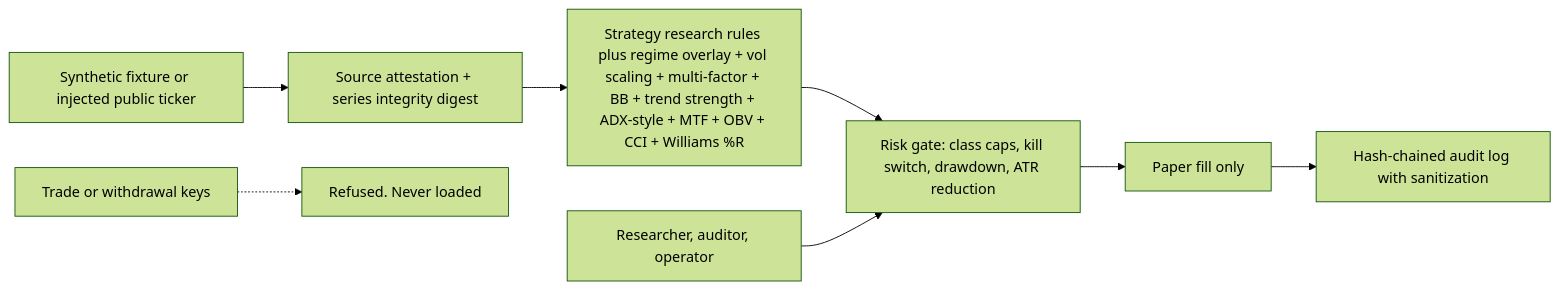
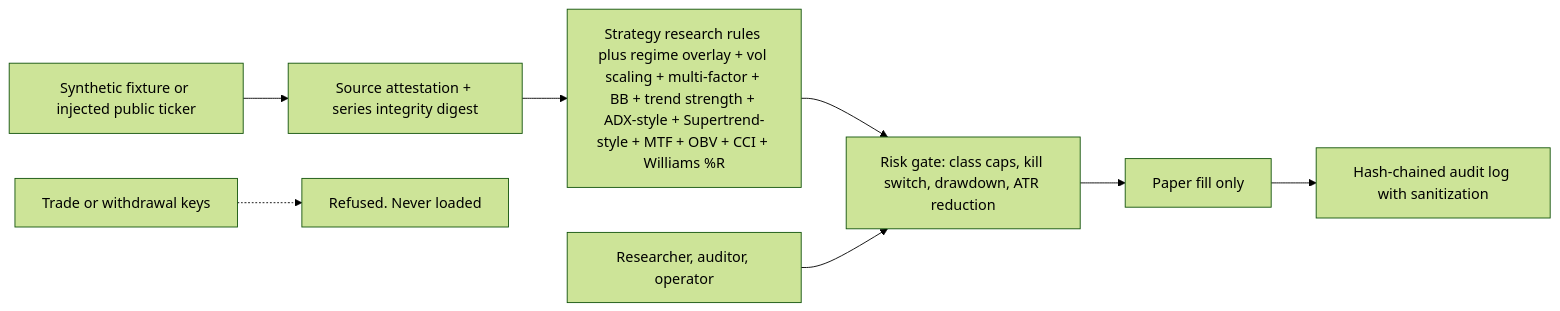
One commit to kkzee92/aixtech-crypto-intel changed the diagram in docs/security-architecture.md. Above: the diagram before and after it, drawn with Mermaid (forest theme). The commit also changed other lines of this file, not shown here.

Commit message:
docs: update security architecture for v0.17 Supertrend and secrets

````diff
--- a/docs/security-architecture.md
+++ b/docs/security-architecture.md
@@ -7,10 +7,10 @@
 ```mermaid
 flowchart LR
     F["Synthetic fixture or injected public ticker"] --> AT["Source attestation + series integrity digest"]
-    AT --> S["Strategy research rules plus regime overlay + vol scaling + multi-factor + BB + trend strength + ADX-style + MTF + OBV + CCI + Williams %R"]
+    AT --> S["Strategy research rules plus regime overlay + vol scaling + multi-factor + BB + trend strength + ADX-style + Supertrend-style + MTF + OBV + CCI + Williams %R"]
     S --> R["Risk gate: class caps, kill switch, drawdown, ATR reduction"]
     R --> P["Paper fill only"]
     P --> A["Hash-chained audit log with sanitization"]
     K["Trade or withdrawal keys"] -.-> X["Refused. Never loaded"]
     RBAC["Researcher, auditor, operator"] --> R
 ```
````
